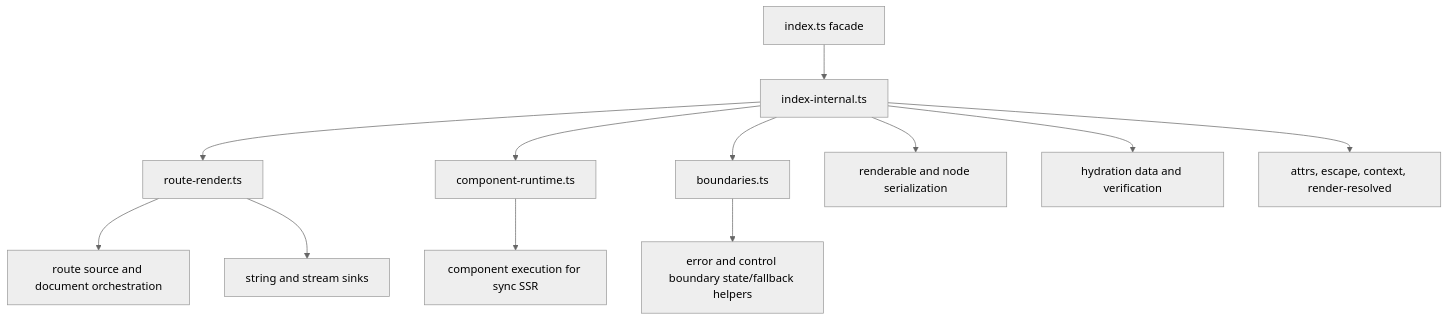
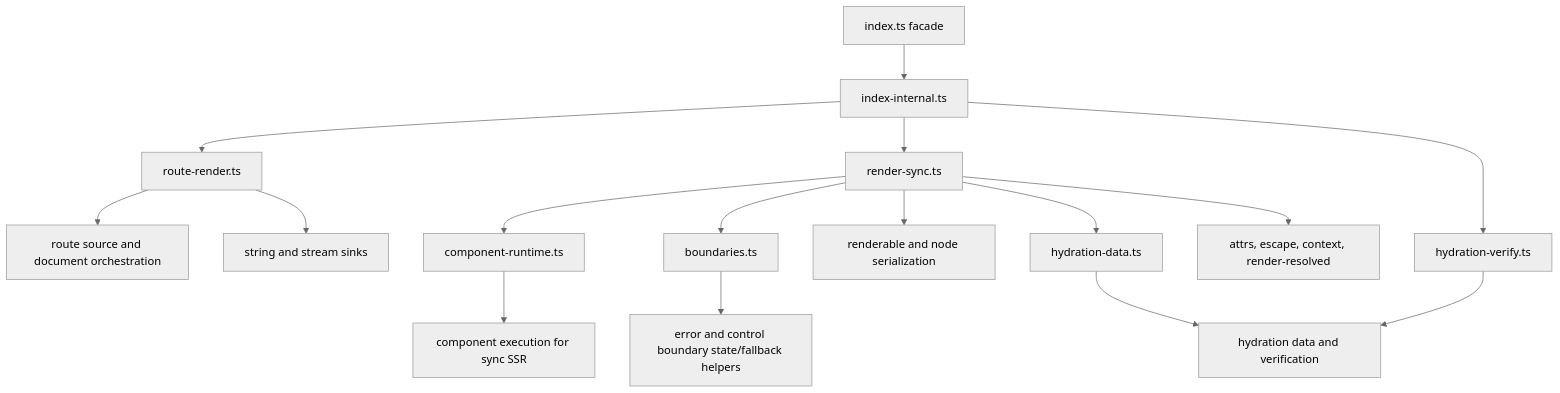
Before and after one commit to askrjs/askr: the third of 7 diagrams in docs/internals/ssr-ssg-pipeline.md, drawn with Mermaid (neutral theme). The commit also changed other lines of this file and 41 other files, not shown here.

Commit message:
refactor architecture owner modules

````diff
--- a/docs/internals/ssr-ssg-pipeline.md
+++ b/docs/internals/ssr-ssg-pipeline.md
@@ -73,27 +79,34 @@
 ```mermaid
 flowchart TB
   facade[index.ts facade]
   routeRender[route-render.ts]
   internal[index-internal.ts]
+  renderSync[render-sync.ts]
+  hydrationData[hydration-data.ts]
+  hydrationVerify[hydration-verify.ts]
   boundaries[boundaries.ts]
   componentRuntime[component-runtime.ts]
   serialize[renderable and node serialization]
   controls[error and control boundary state/fallback helpers]
   components[component execution for sync SSR]
   hydration[hydration data and verification]
   routes[route source and document orchestration]
   sinks[string and stream sinks]
   helpers[attrs, escape, context, render-resolved]
 
   facade --> internal
   internal --> routeRender
-  internal --> componentRuntime
-  internal --> boundaries
-  internal --> serialize
+  internal --> renderSync
+  internal --> hydrationVerify
+  renderSync --> componentRuntime
+  renderSync --> boundaries
+  renderSync --> serialize
+  renderSync --> hydrationData
   boundaries --> controls
   componentRuntime --> components
-  internal --> hydration
+  hydrationData --> hydration
+  hydrationVerify --> hydration
   routeRender --> routes
   routeRender --> sinks
-  internal --> helpers
+  renderSync --> helpers
 ```
````
